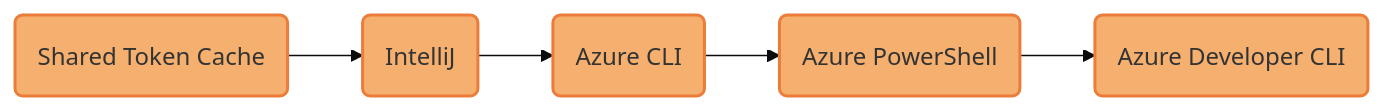
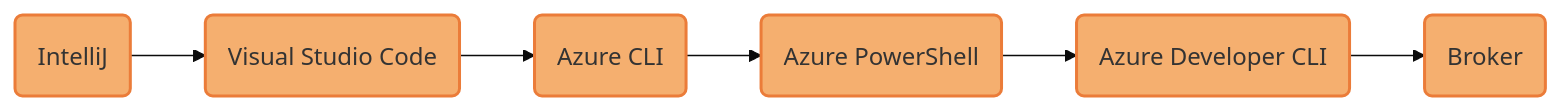
One commit to MicrosoftDocs/azure-dev-docs changed the diagram in articles/java/sdk/mermaidjs/default-azure-credential-environment-variable-development.md. Above: the diagram before and after it, drawn with Mermaid. The commit also changed 5 other files, not shown here.

````diff
--- a/articles/java/sdk/mermaidjs/default-azure-credential-environment-variable-development.md
+++ b/articles/java/sdk/mermaidjs/default-azure-credential-environment-variable-development.md
@@ -1,31 +1,32 @@
 ```mermaid
 %% STEPS TO GENERATE IMAGE
 %% =======================
 %% 1. Install mermaid CLI v10.9.1 (see https://github.com/mermaid-js/mermaid-cli/blob/master/README.md):
 %%    npm i -g @mermaid-js/mermaid-cli@10.9.1
 %% 2. Run commands:
 %%    mmdc -i default-azure-credential-env-var-dev.md -o ../media/mermaidjs/default-azure-credential-env-var-dev.svg
 
 %%{
   init: {
     'theme': 'base',
     'themeVariables': {
       'tertiaryBorderColor': '#fff',
       'tertiaryColor': '#fff'
     }
   }
 }%%
 
 flowchart LR;
     accTitle: DefaultAzureCredential authentication flow without deployed service credentials;
     accDescr: Flowchart showing the credential chain implemented by DefaultAzureCredential when AZURE_TOKEN_CREDENTIALS is set to "dev";
 
-    D(Shared Token Cache):::developer --> 
-    E(IntelliJ):::developer --> 
+    D(IntelliJ):::developer --> 
+    E(Visual Studio Code):::developer --> 
     F(Azure CLI):::developer --> 
     G(Azure PowerShell):::developer --> 
-    H(Azure Developer CLI):::developer;
+    H(Azure Developer CLI):::developer -->
+    I(Broker):::developer;
 
     %% Define styles for credential type boxes
     classDef developer fill:#F5AF6F, stroke:#EB7C39, stroke-width:2px;
 ```
````
